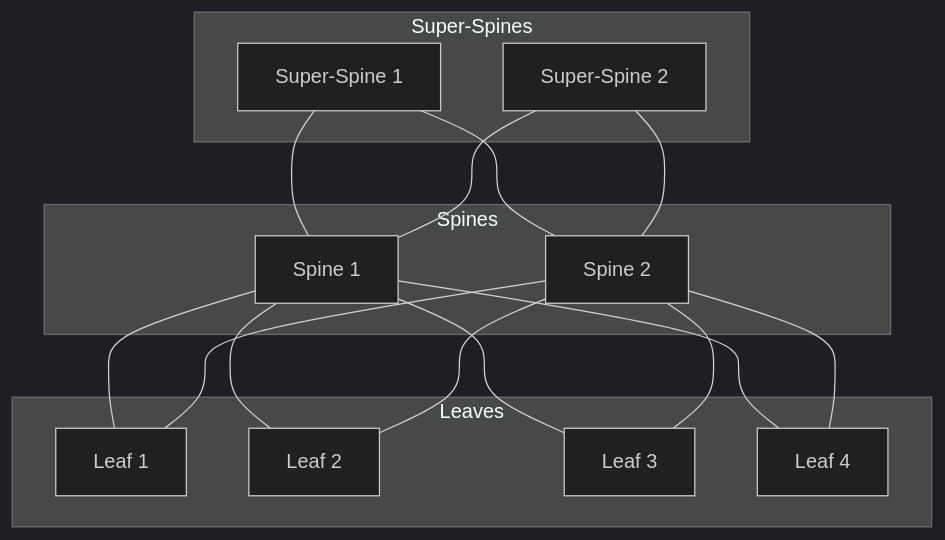
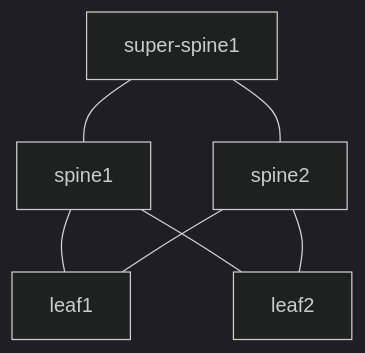
Before and after one commit to teze3808/containerlab-mcp-server: the sixth of 6 diagrams in README.md, drawn with Mermaid (dark theme). The commit also changed other lines of this file and 6 other files, not shown here.

````diff
--- a/README.md
+++ b/README.md
@@ -444,29 +392,9 @@
 ```mermaid
 flowchart TB
-  subgraph Super_Spines["Super-Spines"]
-    SS1["Super-Spine 1"]
-    SS2["Super-Spine 2"]
-  end
-  subgraph Spines
-    S1["Spine 1"]
-    S2["Spine 2"]
-  end
-  subgraph Leaves
-    L1["Leaf 1"]
-    L2["Leaf 2"]
-    L3["Leaf 3"]
-    L4["Leaf 4"]
-  end
-  SS1 --- S1
-  SS1 --- S2
-  SS2 --- S1
-  SS2 --- S2
-  S1 --- L1
-  S1 --- L2
-  S1 --- L3
-  S1 --- L4
+  SS1["super-spine1"] --- S1["spine1"]
+  SS1 --- S2["spine2"]
+  S1 --- L1["leaf1"]
+  S1 --- L2["leaf2"]
   S2 --- L1
   S2 --- L2
-  S2 --- L3
-  S2 --- L4
 ```
````
